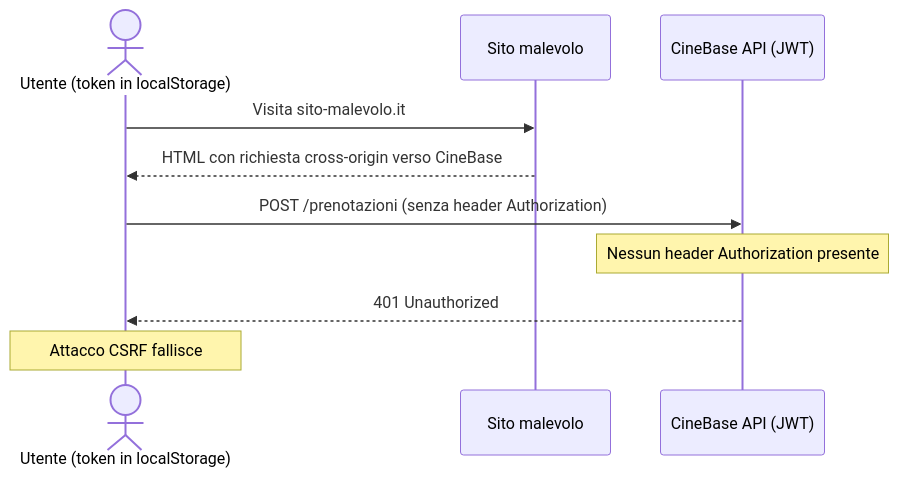
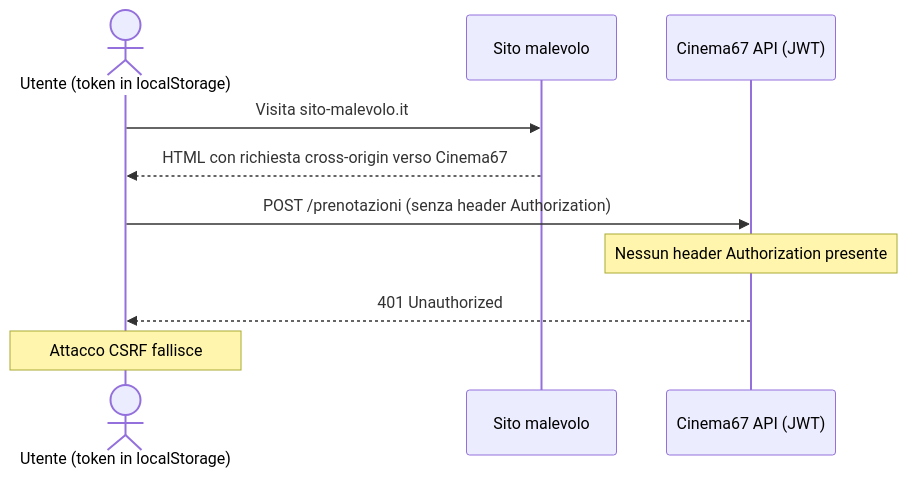
Diagram 14 of 18 in docs/tutorials/TUTORIAL_AUTENTICAZIONE_WEB.md (GioeleUselli/Cinema67), drawn with Mermaid before and after one commit. The commit also changed other lines of this file and 123 other files, not shown here.

````diff
--- a/docs/tutorials/TUTORIAL_AUTENTICAZIONE_WEB.md
+++ b/docs/tutorials/TUTORIAL_AUTENTICAZIONE_WEB.md
@@ -999,14 +999,14 @@
 ```mermaid
 sequenceDiagram
     actor USR as Utente (token in localStorage)
     participant MAL as Sito malevolo
-    participant APP as CineBase API (JWT)
+    participant APP as Cinema67 API (JWT)
 
     USR->>MAL: Visita sito-malevolo.it
-    MAL-->>USR: HTML con richiesta cross-origin verso CineBase
+    MAL-->>USR: HTML con richiesta cross-origin verso Cinema67
 
     USR->>APP: POST /prenotazioni (senza header Authorization)
     note over APP: Nessun header Authorization presente
     APP-->>USR: 401 Unauthorized
     note over USR: Attacco CSRF fallisce
 ```
````
